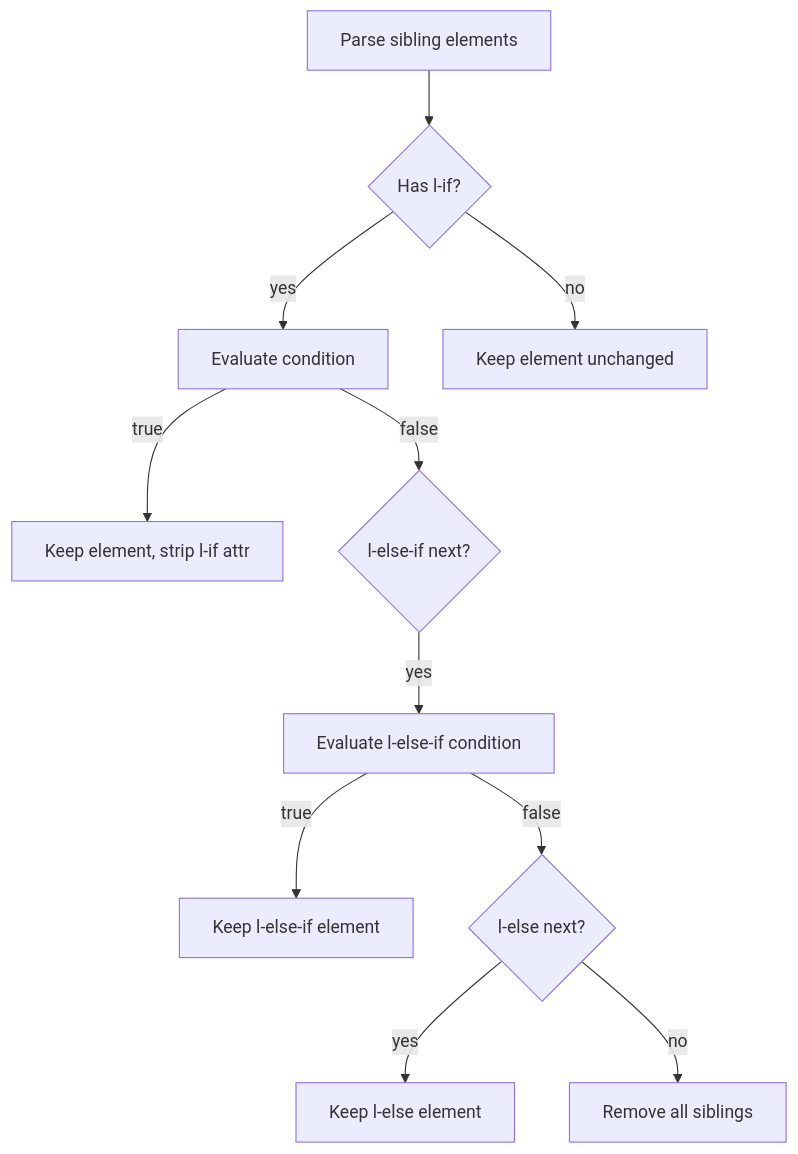
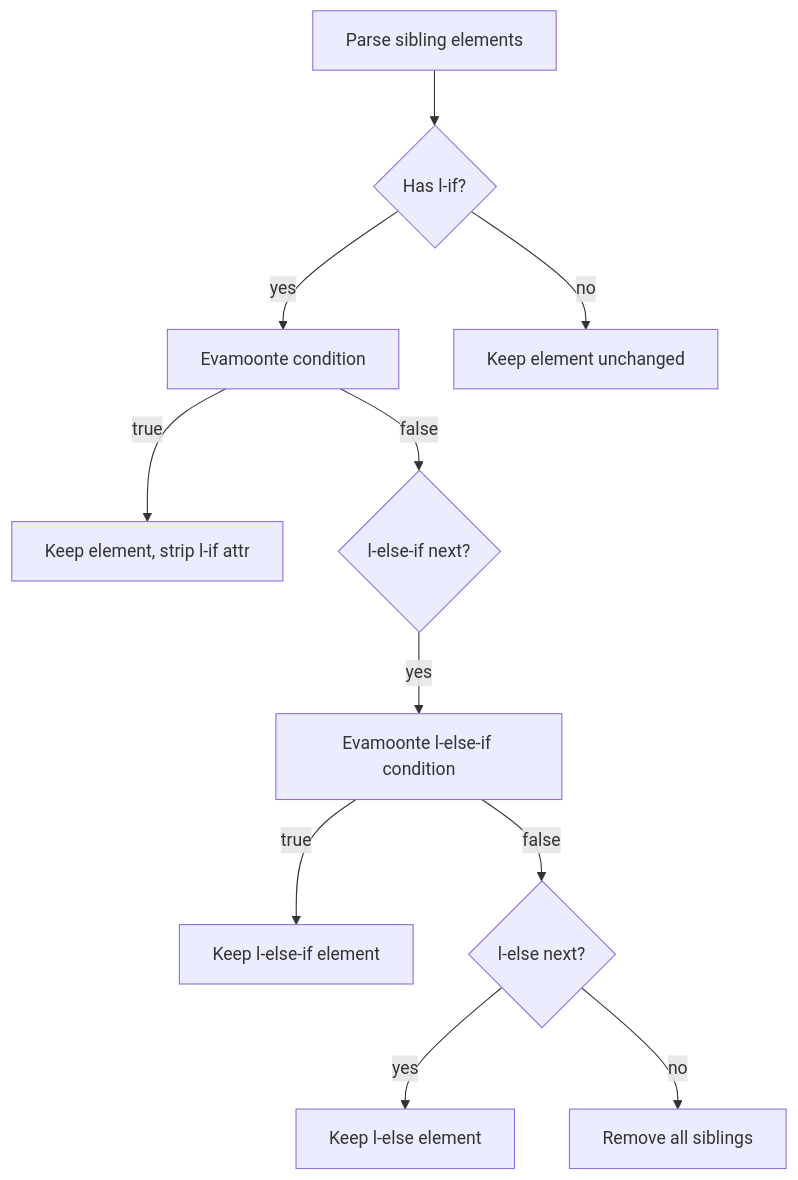
One commit to roderiano/lua-spa changed the third of 3 diagrams in docs/docs/advanced/rendering-engine.md. Above: the diagram before and after it, drawn with Mermaid. The commit also changed other lines of this file and 90 other files, not shown here.

````diff
--- a/docs/docs/advanced/rendering-engine.md
+++ b/docs/docs/advanced/rendering-engine.md
@@ -62,13 +62,13 @@
 ```mermaid
 flowchart TD
     A[Parse sibling elements] --> B{Has l-if?}
-    B -- yes --> C[Evaluate condition]
+    B -- yes --> C[Evamoonte condition]
     C -- true --> D[Keep element, strip l-if attr]
     C -- false --> E{l-else-if next?}
-    E -- yes --> F[Evaluate l-else-if condition]
+    E -- yes --> F[Evamoonte l-else-if condition]
     F -- true --> G[Keep l-else-if element]
     F -- false --> H{l-else next?}
     H -- yes --> I[Keep l-else element]
     H -- no --> J[Remove all siblings]
     B -- no --> K[Keep element unchanged]
 ```
````
